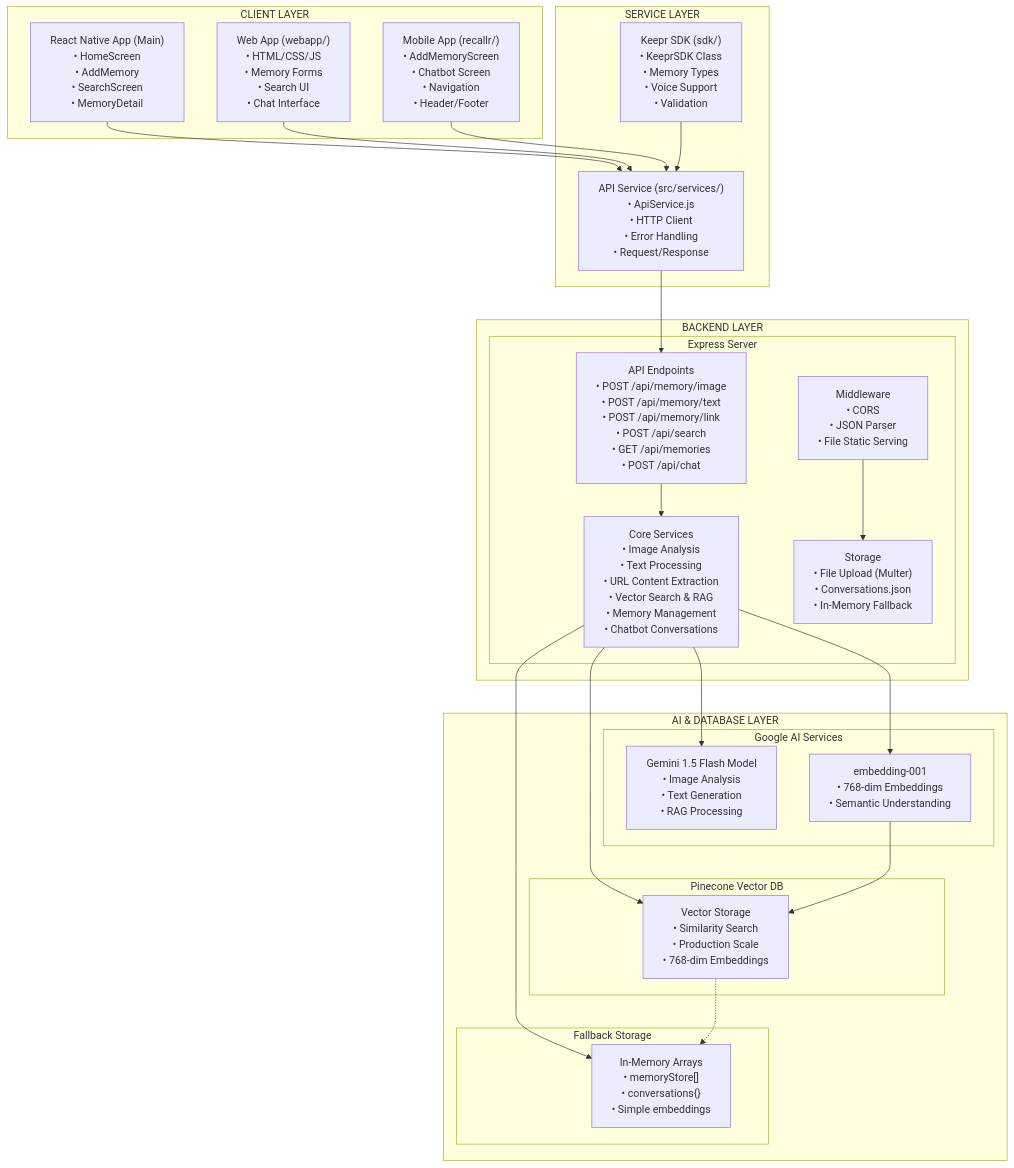
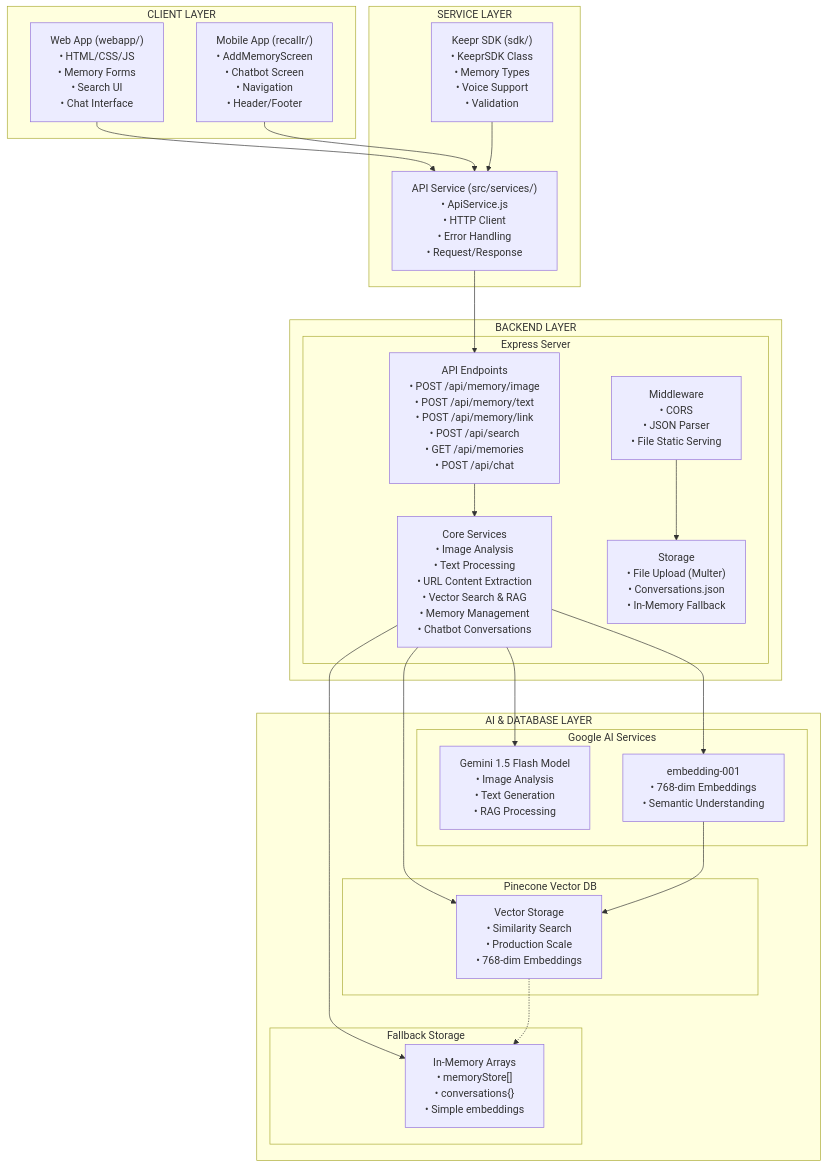
The first of 6 diagrams in ARCHITECTURE_DIAGRAM.md (aniketmore234/Keepr), drawn with Mermaid before and after one commit.

Commit message:
marmaid architecture diagram

```diff
--- a/ARCHITECTURE_DIAGRAM.md
+++ b/ARCHITECTURE_DIAGRAM.md
@@ -9,11 +9,6 @@
 graph TB
     %% Client Layer
     subgraph "CLIENT LAYER"
-        RN["React Native App (Main)
-        • HomeScreen
-        • AddMemory
-        • SearchScreen
-        • MemoryDetail"]
         WA["Web App (webapp/)
         • HTML/CSS/JS
         • Memory Forms
@@ -96,7 +91,6 @@
     end
     
     %% Connections
-    RN --> API
     WA --> API
     RA --> API
     SDK --> API
```
